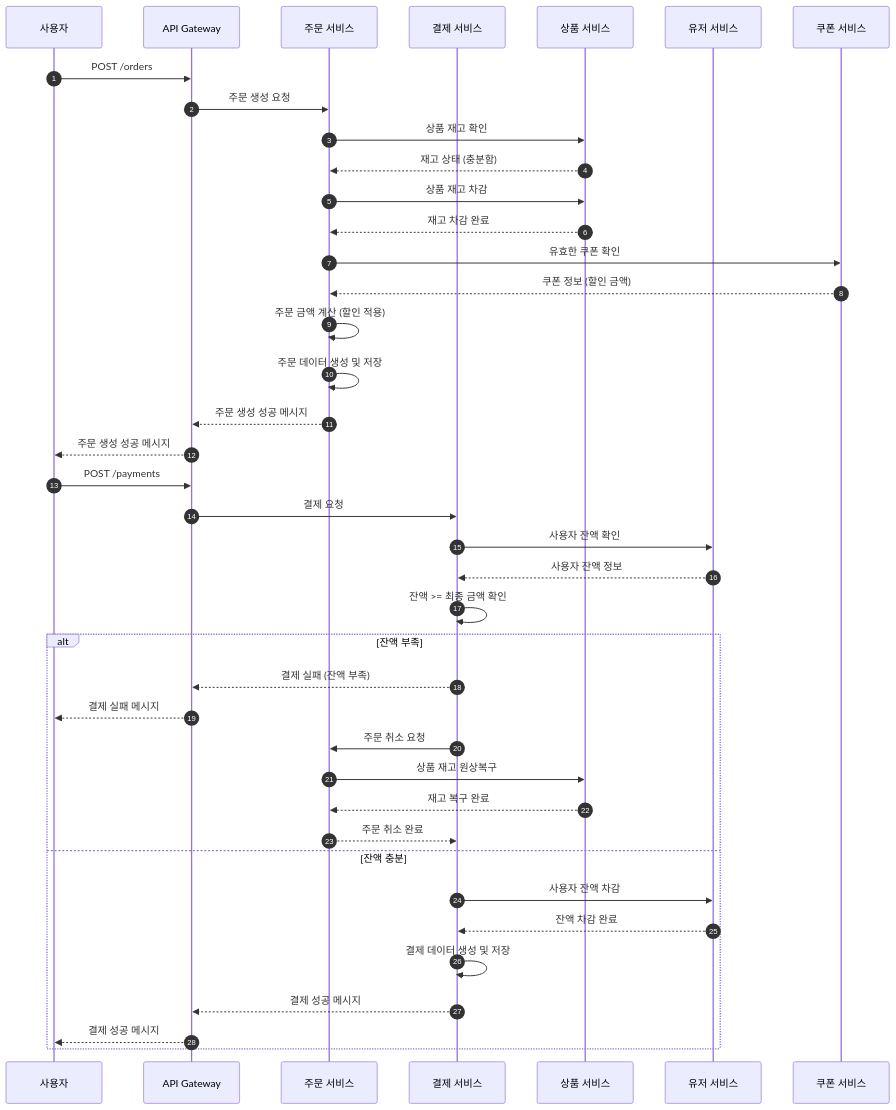
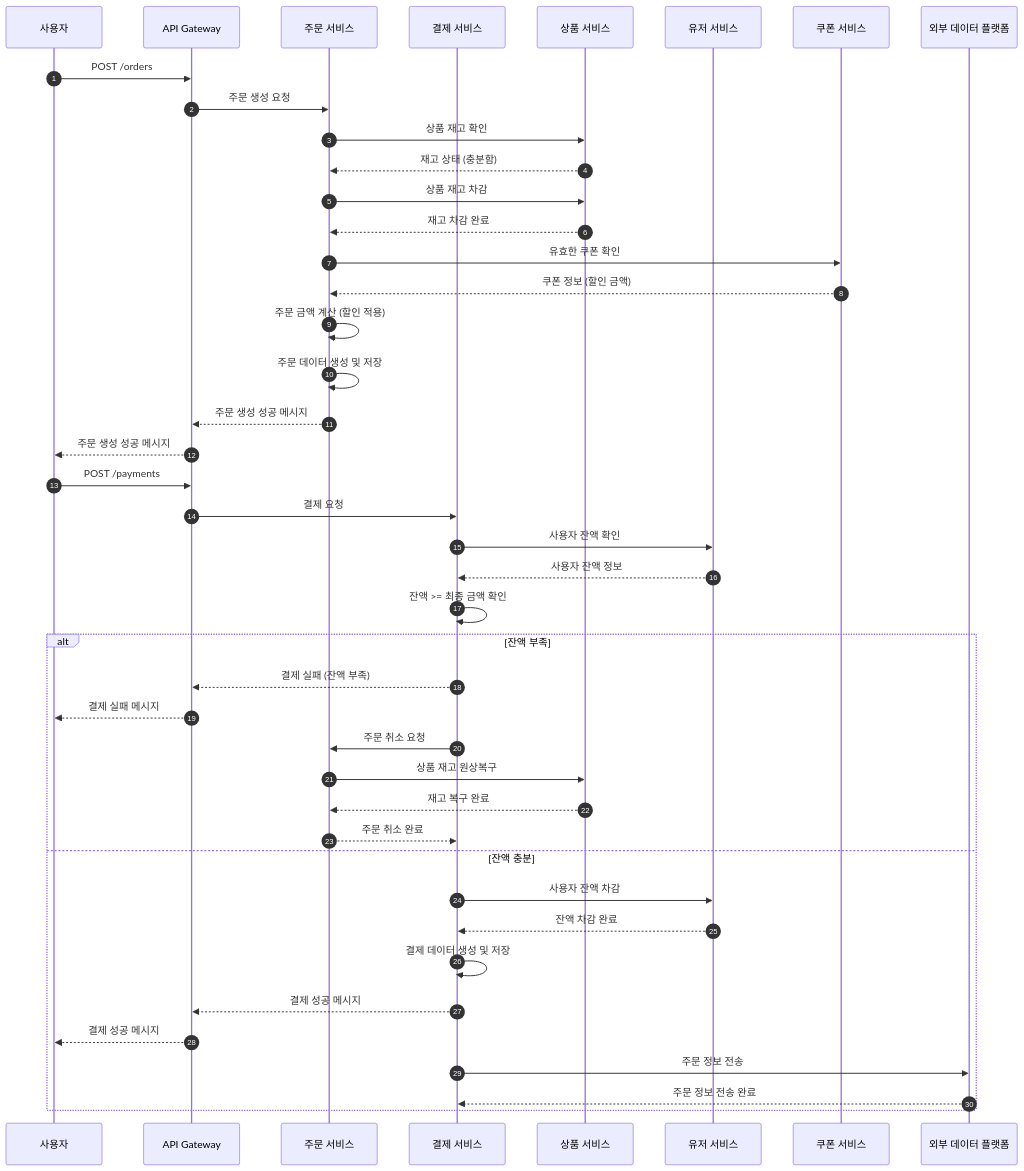
The diagram in docs/sequence-diagram.md (jane1721/e-commerce), drawn with Mermaid before and after one commit. The commit also changed other lines of this file and 1 other file, not shown here.

First line of the commit message:
📝Docs: Update flow chart and sequence diagram for DataPlatform module

````diff
--- a/docs/sequence-diagram.md
+++ b/docs/sequence-diagram.md
@@ -6,69 +6,74 @@
 ```mermaid
 sequenceDiagram
     autonumber
 
     participant User as 사용자
     participant API as API Gateway
     participant OrderService as 주문 서비스
     participant PaymentService as 결제 서비스
     participant ItemService as 상품 서비스
     participant UserService as 유저 서비스
     participant CouponService as 쿠폰 서비스
+    participant DataPlatform as 외부 데이터 플랫폼
 
     %% 주문 생성 상세 로직
     User ->> API: POST /orders
     API ->> OrderService: 주문 생성 요청
 
     %% 상품 재고 확인
     OrderService ->> ItemService: 상품 재고 확인
     ItemService -->> OrderService: 재고 상태 (충분함)
 
     %% 재고 차감
     OrderService ->> ItemService: 상품 재고 차감
     ItemService -->> OrderService: 재고 차감 완료
 
     %% 쿠폰 적용
     OrderService ->> CouponService: 유효한 쿠폰 확인
     CouponService -->> OrderService: 쿠폰 정보 (할인 금액)
 
     %% 주문 금액 계산 (쿠폰 적용 후)
     OrderService ->> OrderService: 주문 금액 계산 (할인 적용)
 
     %% 주문 데이터 저장
     OrderService ->> OrderService: 주문 데이터 생성 및 저장
     OrderService -->> API: 주문 생성 성공 메시지
     API -->> User: 주문 생성 성공 메시지
 
     %% 결제 처리 상세 로직
     User ->> API: POST /payments
     API ->> PaymentService: 결제 요청
 
     %% 사용자 잔액 확인
     PaymentService ->> UserService: 사용자 잔액 확인
     UserService -->> PaymentService: 사용자 잔액 정보
 
     %% 잔액 비교
     PaymentService ->> PaymentService: 잔액 >= 최종 금액 확인
     alt 잔액 부족
         %% 결제 실패 시 처리
         PaymentService -->> API: 결제 실패 (잔액 부족)
         API -->> User: 결제 실패 메시지
 
         %% 주문 취소 처리
         PaymentService ->> OrderService: 주문 취소 요청
         OrderService ->> ItemService: 상품 재고 원상복구
         ItemService -->> OrderService: 재고 복구 완료
         OrderService -->> PaymentService: 주문 취소 완료
     else 잔액 충분
         %% 잔액 차감
         PaymentService ->> UserService: 사용자 잔액 차감
         UserService -->> PaymentService: 잔액 차감 완료
 
         %% 결제 데이터 저장
         PaymentService ->> PaymentService: 결제 데이터 생성 및 저장
 
         %% 최종 결제 완료 메시지
         PaymentService -->> API: 결제 성공 메시지
         API -->> User: 결제 성공 메시지
+
+        %% 외부 데이터 플랫폼으로 주문 정보 전송
+        PaymentService ->> DataPlatform: 주문 정보 전송
+        DataPlatform -->> PaymentService: 주문 정보 전송 완료
     end
 ```
````
